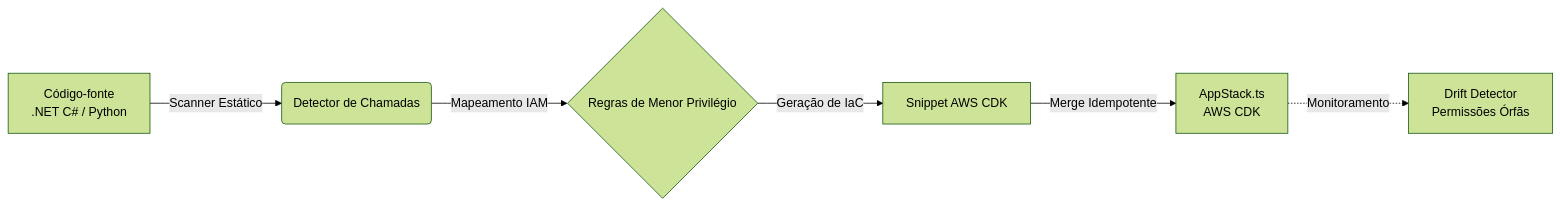
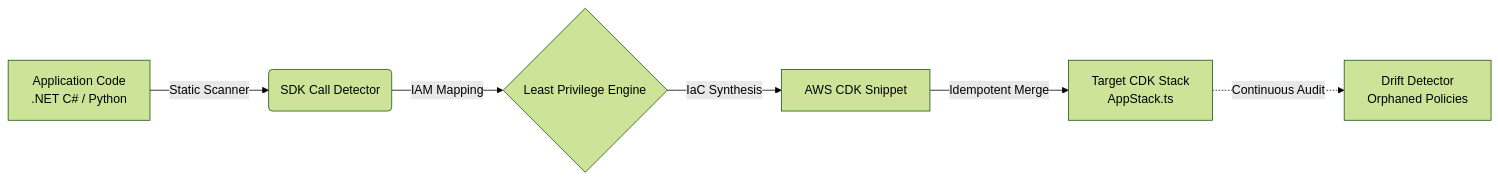
One commit to HeloisaPeGarcia/kiro-aws-auto-architect changed the diagram in README.md. Above: the diagram before and after it, drawn with Mermaid (forest theme). The commit also changed other lines of this file, not shown here.

````diff
--- a/README.md
+++ b/README.md
@@ -73,8 +73,8 @@
 ```mermaid
 flowchart LR
-    A[Código-fonte\n.NET C# / Python] -->|Scanner Estático| B(Detector de Chamadas)
-    B -->|Mapeamento IAM| C{Regras de Menor Privilégio}
-    C -->|Geração de IaC| D[Snippet AWS CDK]
-    D -->|Merge Idempotente| E[AppStack.ts\nAWS CDK]
-    E -.->|Monitoramento| F[Drift Detector\nPermissões Órfãs]
+    A[Application Code\n.NET C# / Python] -->|Static Scanner| B(SDK Call Detector)
+    B -->|IAM Mapping| C{Least Privilege Engine}
+    C -->|IaC Synthesis| D[AWS CDK Snippet]
+    D -->|Idempotent Merge| E[Target CDK Stack\nAppStack.ts]
+    E -.->|Continuous Audit| F[Drift Detector\nOrphaned Policies]
 ```
````
